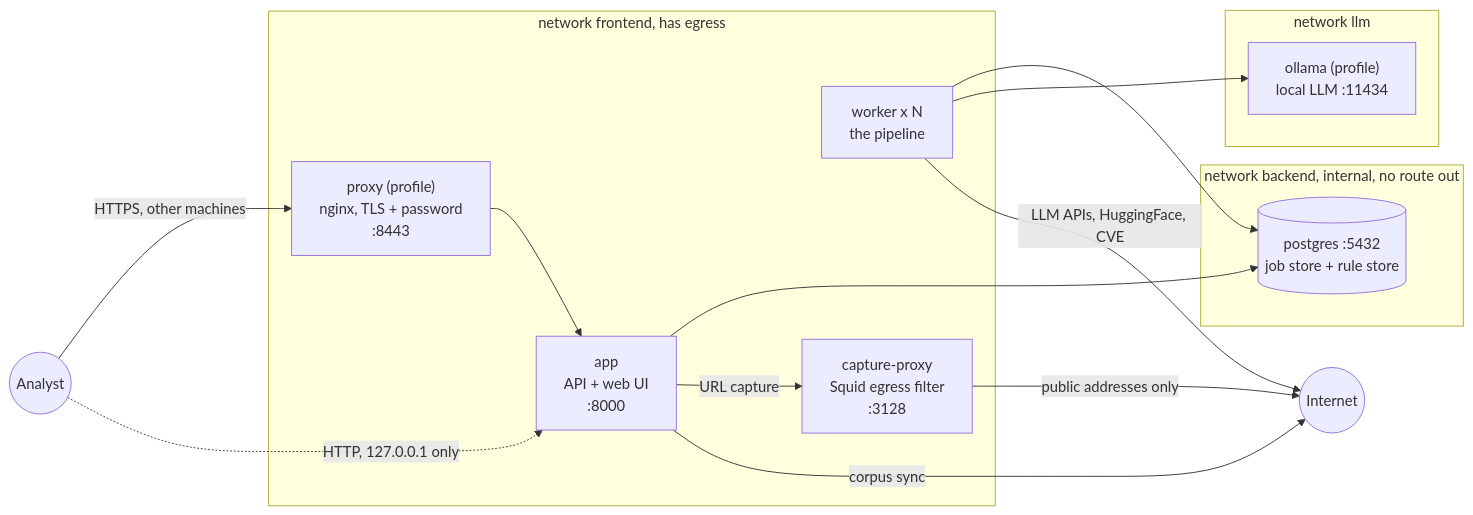
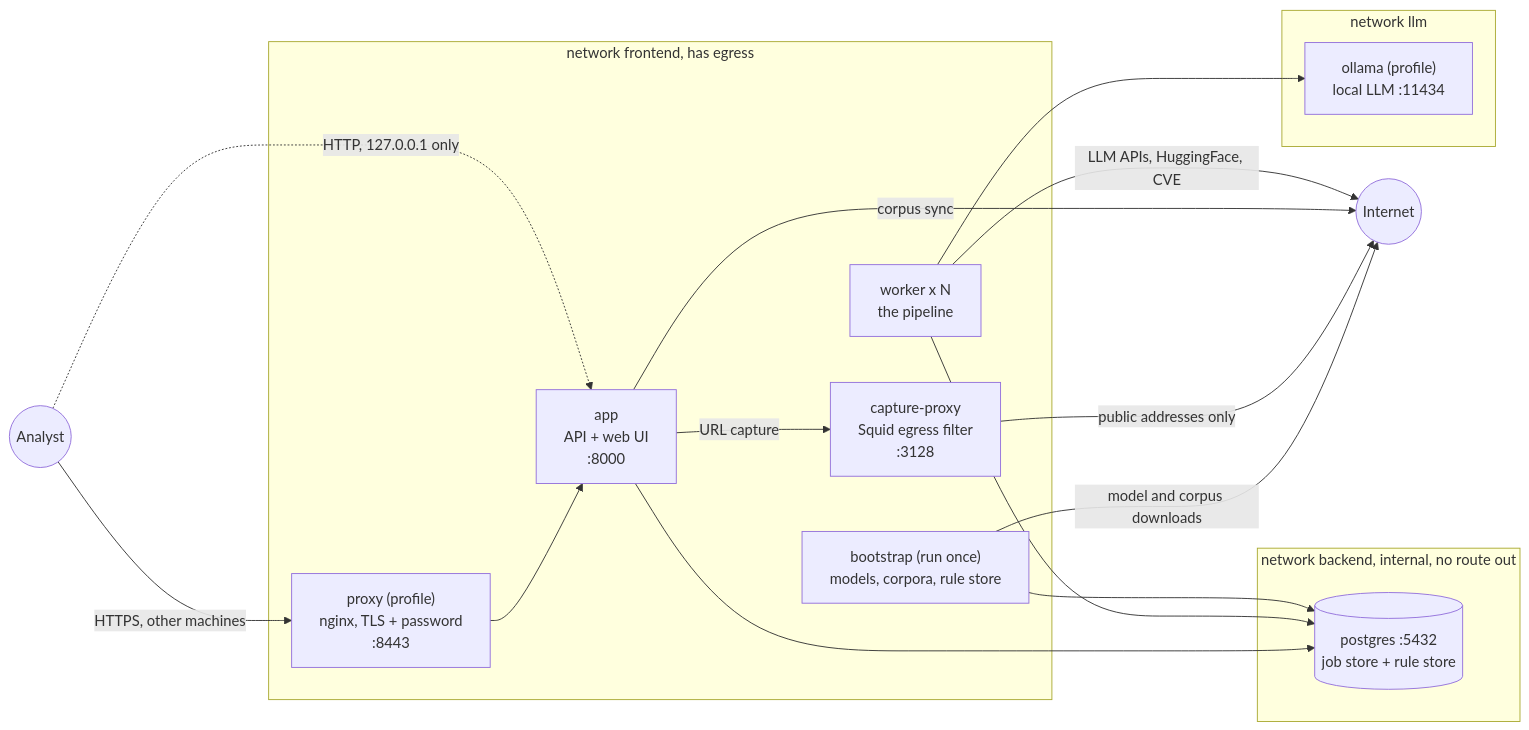
One commit to Stixaly/CTIParsor changed the second of 2 diagrams in README.md. Above: the diagram before and after it, drawn with Mermaid. The commit also changed other lines of this file and 27 other files, not shown here.

````diff
--- a/README.md
+++ b/README.md
@@ -393,25 +408,28 @@
 ```mermaid
 flowchart LR
     analyst(("Analyst"))
     internet(("Internet"))
     subgraph frontend ["network frontend, has egress"]
         proxy["proxy (profile)<br/>nginx, TLS + password<br/>:8443"]
         app["app<br/>API + web UI<br/>:8000"]
         worker["worker x N<br/>the pipeline"]
+        bootstrap["bootstrap (run once)<br/>models, corpora, rule store"]
         capproxy["capture-proxy<br/>Squid egress filter<br/>:3128"]
     end
     subgraph backend ["network backend, internal, no route out"]
         pg[("postgres :5432<br/>job store + rule store")]
     end
     subgraph llm ["network llm"]
         ollama["ollama (profile)<br/>local LLM :11434"]
     end
     analyst -->|"HTTPS, other machines"| proxy --> app
     analyst -.->|"HTTP, 127.0.0.1 only"| app
     app --> pg
     worker --> pg
+    bootstrap --> pg
+    bootstrap -->|"model and corpus downloads"| internet
     worker --> ollama
     app -->|"URL capture"| capproxy -->|"public addresses only"| internet
     app -->|"corpus sync"| internet
     worker -->|"LLM APIs, HuggingFace, CVE"| internet
 ```
````
